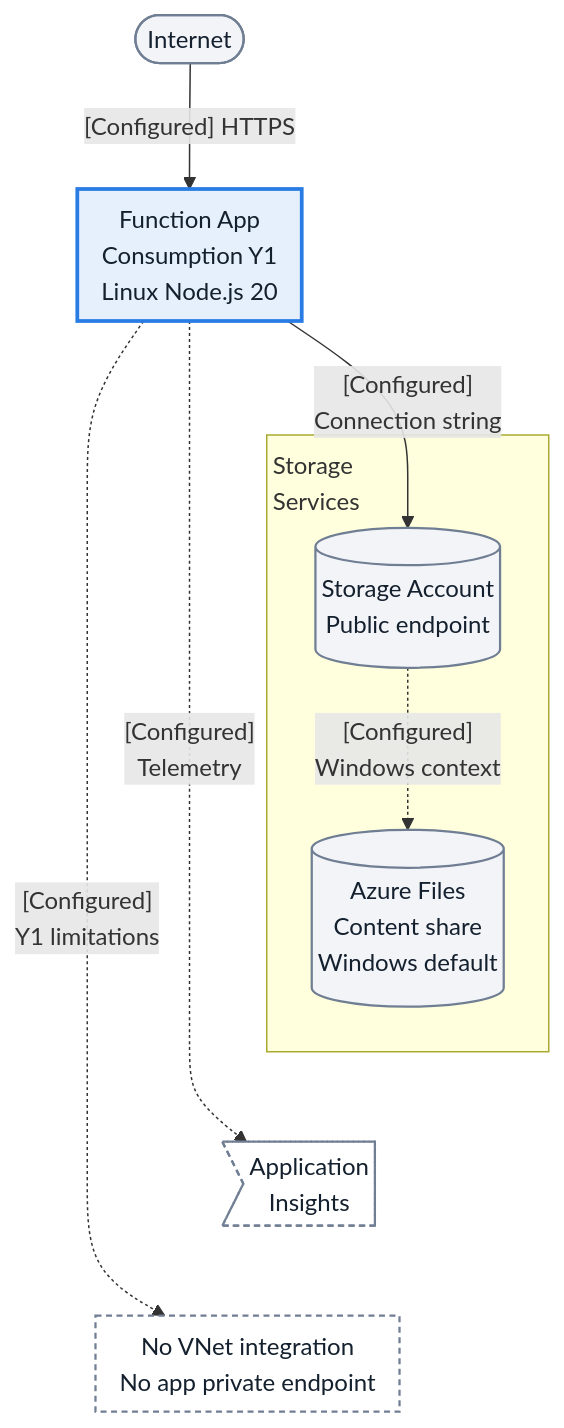
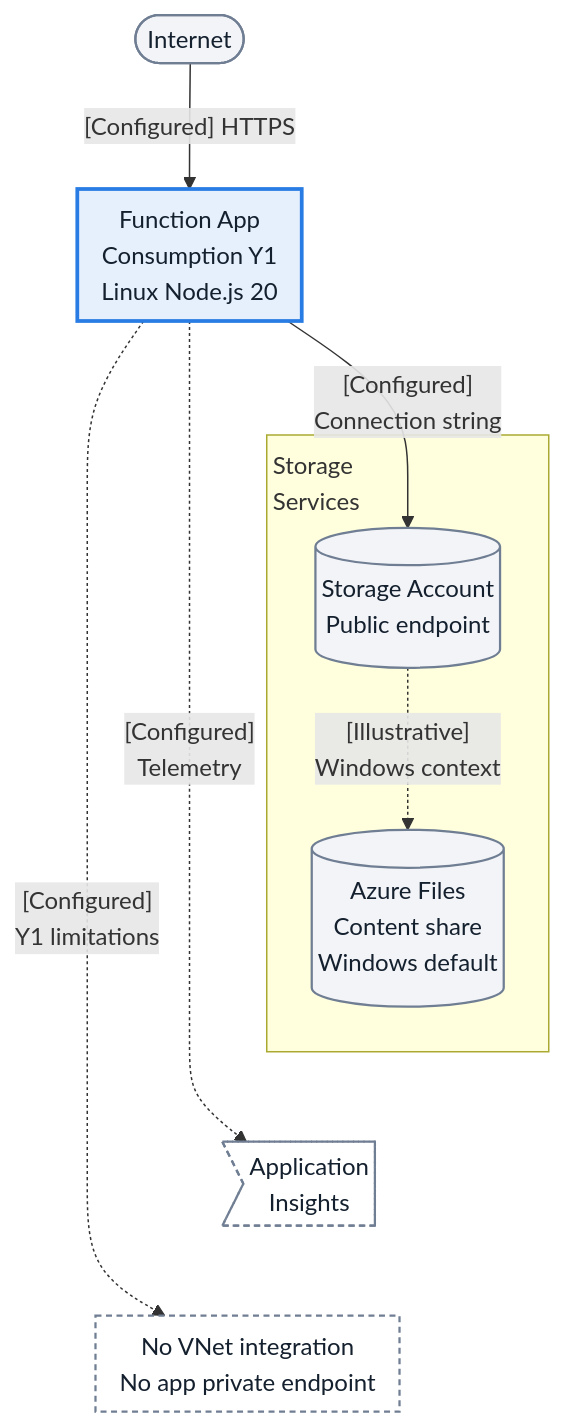
One commit to yeongseon/azure-functions-practical-guide changed the first of 2 diagrams in docs/language-guides/nodejs/tutorial/consumption/02-first-deploy.md. Above: the diagram before and after it, drawn with Mermaid.

Commit message:
docs(diagrams): qualify Windows storage context as illustrative
Distinguish the Windows-only Files association from configuration performed
by the Linux Consumption tutorial.

Refs #335

````diff
--- a/docs/language-guides/nodejs/tutorial/consumption/02-first-deploy.md
+++ b/docs/language-guides/nodejs/tutorial/consumption/02-first-deploy.md
@@ -67,28 +67,28 @@
 ```mermaid
 %%{init: {"flowchart": {"nodeSpacing": 10, "rankSpacing": 60, "padding": 8, "subGraphTitleMargin": {"top": 8, "bottom": 24}}}}%%
 flowchart TD
     accTitle: Node.js 20 Linux Consumption public deployment
     accDescr: Internet HTTPS reaches the Y1 Linux Node.js 20 app, which accesses public Storage with a connection string and sends off-path Application Insights telemetry. The Storage group retains Azure Files as Windows Consumption context, not a Linux content-share requirement. Y1 has no outbound VNet integration or app private endpoint.
     client(["Internet"])
     app_runtime["Function App<br/>Consumption Y1<br/>Linux Node.js 20"]
     telemetry>"Application<br/>Insights"]
     limitations["No VNet integration<br/>No app private endpoint"]
     subgraph STORAGE["<div style='width:180px;text-align:left'>Storage<br/>Services</div>"]
         storage_db[("Storage Account<br/>Public endpoint")]
         storage_files[("Azure Files<br/>Content share<br/>Windows default")]
-        storage_db -.->|"[Configured]<br/>Windows context"| storage_files
+        storage_db -.->|"[Illustrative]<br/>Windows context"| storage_files
     end
     client -->|"[Configured] HTTPS"| app_runtime
     app_runtime -->|"[Configured]<br/>Connection string"| storage_db
     app_runtime -.->|"[Configured]<br/>Telemetry"| telemetry
     app_runtime -.->|"[Configured]<br/>Y1 limitations"| limitations
     %% Layout-only tiers; add no requests or deployment steps.
     storage_files ~~~ telemetry
     telemetry ~~~ limitations
     classDef baseNeutral fill:#f2f4f8,stroke:#707e93,stroke-width:1.5px,color:#14202e;
     classDef focusActive fill:#e6f0fd,stroke:#287ce4,stroke-width:2.5px,color:#14202e;
     classDef bandMuted fill:#ffffff,stroke:#707e93,stroke-width:1.5px,stroke-dasharray:4 3,color:#14202e;
     class client,storage_db,storage_files baseNeutral;
     class app_runtime focusActive;
     class telemetry,limitations bandMuted;
 ```
````
